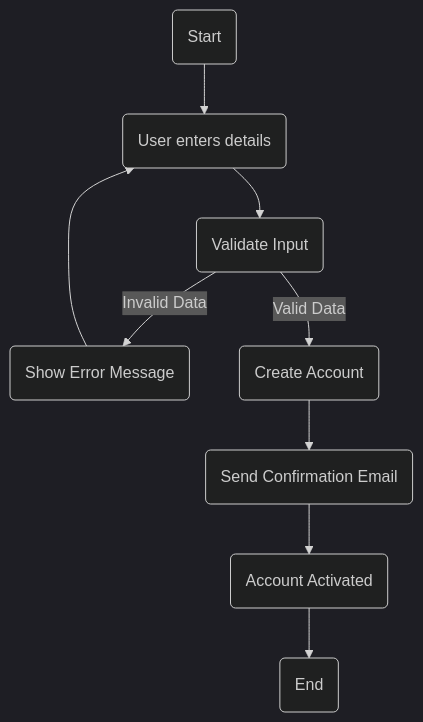
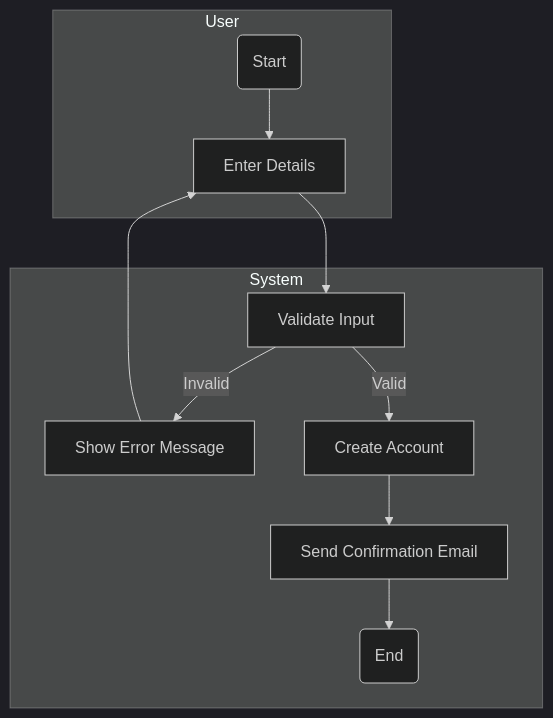
One commit to SiphokaziCele/Assignment3AdvancedCalculator changed the first of 8 diagrams in ActivityDiagrams.md. Above: the diagram before and after it, drawn with Mermaid (dark theme). The commit also changed other lines of this file, not shown here.

````diff
--- a/ActivityDiagrams.md
+++ b/ActivityDiagrams.md
@@ -3,11 +6,15 @@
-``` mermaid
-graph TD;
-    A(Start) --> B(User enters details)
-    B --> C(Validate Input)
-    C -- Invalid Data --> D(Show Error Message)
-    D --> B
-    C -- Valid Data --> E(Create Account)
-    E --> F(Send Confirmation Email)
-    F --> G(Account Activated)
-    G --> H(End)
+```mermaid
+flowchart TD
+    subgraph User
+        A1(Start) --> A2[Enter Details]
+    end
+
+    subgraph System
+        A2 --> B1[Validate Input]
+        B1 -->|Invalid| B2[Show Error Message]
+        B2 --> A2
+        B1 -->|Valid| C1[Create Account]
+        C1 --> C2[Send Confirmation Email]
+        C2 --> D1(End)
+    end
 ```
````
